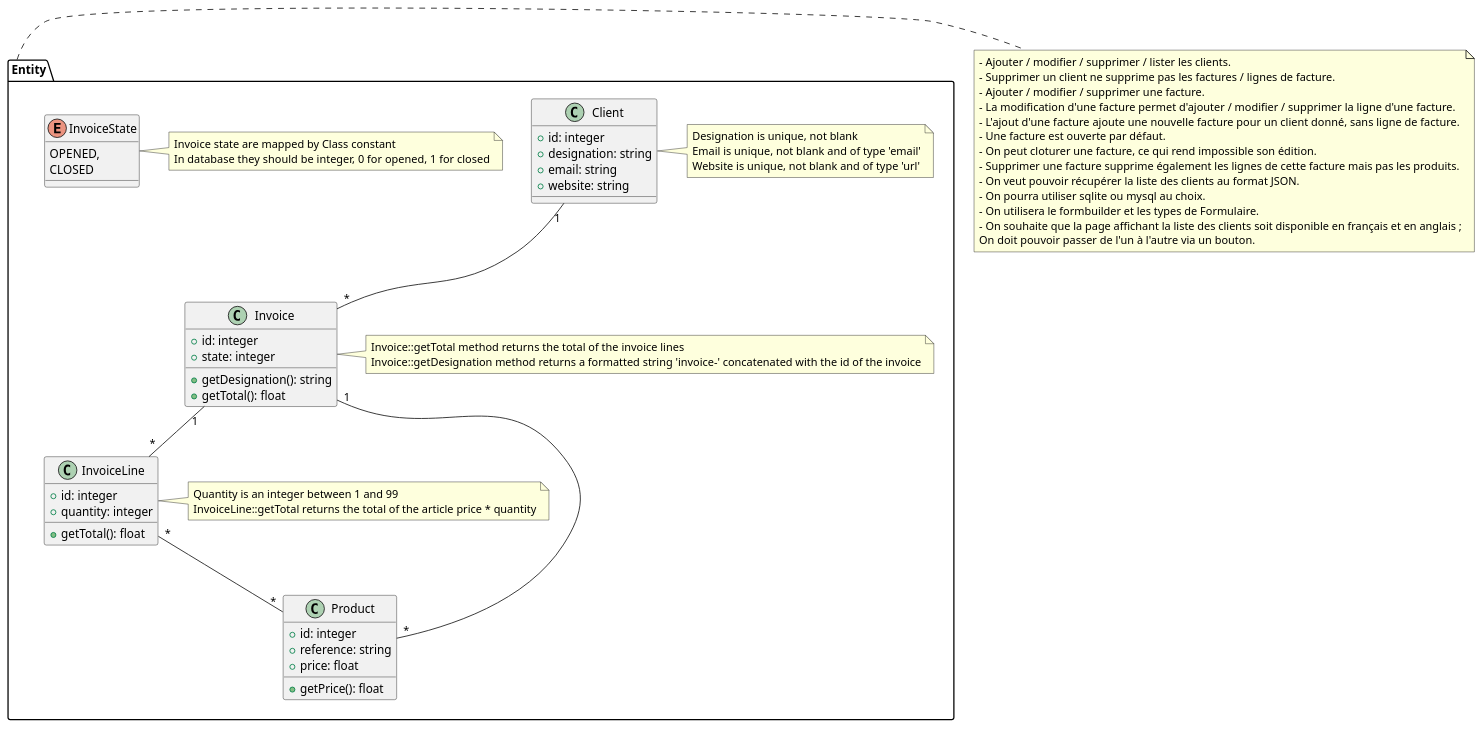
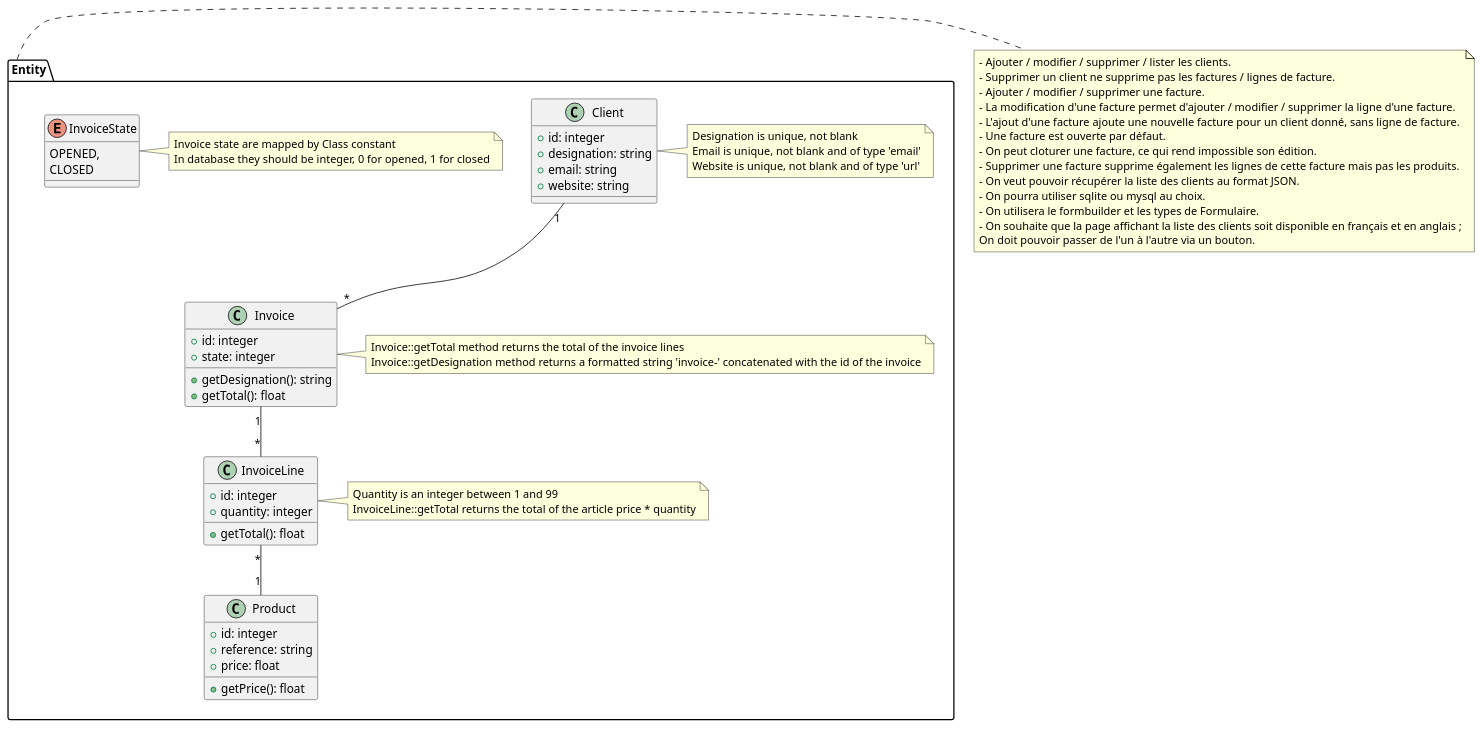
The diagram in uml_ex1.plantuml (MaksJS/simplon_symfony), drawn with PlantUML before and after one commit. The commit also changed 1 other file, not shown here.

```diff
--- a/uml_ex1.plantuml
+++ b/uml_ex1.plantuml
@@ -1,78 +1,77 @@
 @startuml
 namespace Entity {
 
     class Client {
         + id: integer
         + designation: string
         + email: string
         + website: string
     }
 
     class Invoice {
         + id: integer
         + state: integer
         + getDesignation(): string
         + getTotal(): float
     }
 
     class InvoiceLine {
         + id: integer
         + quantity: integer
         + getTotal(): float
     }
 
     class Product {
         + id: integer
         + reference: string
         + price: float
         + getPrice(): float
     }
 
     enum InvoiceState {
         OPENED,
         CLOSED
     }
 
-    Invoice "1" -- "*" Product
     Client "1" -- "*" Invoice
     Invoice "1" -- "*" InvoiceLine
-    InvoiceLine "*" -- "*" Product
+    InvoiceLine "*" -- "1" Product
 
     note right of Client 
         Designation is unique, not blank
         Email is unique, not blank and of type 'email'
         Website is unique, not blank and of type 'url'
     end note
 
     note right of Invoice 
         Invoice::getTotal method returns the total of the invoice lines
         Invoice::getDesignation method returns a formatted string 'invoice-' concatenated with the id of the invoice
     end note
 
     note right of InvoiceLine
         Quantity is an integer between 1 and 99
         InvoiceLine::getTotal returns the total of the article price * quantity
     end note
 
     note right of InvoiceState 
         Invoice state are mapped by Class constant
         In database they should be integer, 0 for opened, 1 for closed
     end note
 }
 
 note right of Entity
     - Ajouter / modifier / supprimer / lister les clients.
     - Supprimer un client ne supprime pas les factures / lignes de facture.
     - Ajouter / modifier / supprimer une facture.
     - La modification d'une facture permet d'ajouter / modifier / supprimer la ligne d'une facture.
     - L'ajout d'une facture ajoute une nouvelle facture pour un client donné, sans ligne de facture.
     - Une facture est ouverte par défaut.
     - On peut cloturer une facture, ce qui rend impossible son édition.
     - Supprimer une facture supprime également les lignes de cette facture mais pas les produits.
     - On veut pouvoir récupérer la liste des clients au format JSON.
     - On pourra utiliser sqlite ou mysql au choix.
     - On utilisera le formbuilder et les types de Formulaire.
     - On souhaite que la page affichant la liste des clients soit disponible en français et en anglais ;
     On doit pouvoir passer de l'un à l'autre via un bouton.
 end note
 @enduml
```
